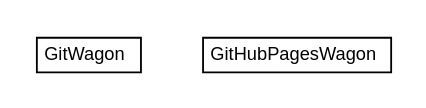
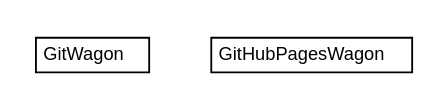
Before and after one commit to trajano/wagon-git: the diagram in apidocs/net/trajano/wagon/git/net.trajano.wagon.git.dot, drawn with Graphviz. The commit also changed 117 other files, not shown here.

Commit message:
wagon-git commit

```diff
--- a/apidocs/net/trajano/wagon/git/net.trajano.wagon.git.dot
+++ b/apidocs/net/trajano/wagon/git/net.trajano.wagon.git.dot
@@ -1,24 +1,24 @@
 #!/usr/local/bin/dot
 #
 # Class diagram 
 # Generated by UMLGraph version R5_6-24-gf6e263 (http://www.umlgraph.org/)
 #
 
 digraph G {
-	edge [fontname="arial",fontsize=10,labelfontname="arial",labelfontsize=10];
-	node [fontname="arial",fontsize=10,shape=plaintext];
+	edge [fontname="Helvetica",fontsize=10,labelfontname="Helvetica",labelfontsize=10];
+	node [fontname="Helvetica",fontsize=10,shape=plaintext];
 	nodesep=0.25;
 	ranksep=0.5;
 	// net.trajano.wagon.git.GitWagon
 	c0 [label=<<table title="net.trajano.wagon.git.GitWagon" border="0" cellborder="1" cellspacing="0" cellpadding="2" port="p" href="./GitWagon.html">
 		<tr><td><table border="0" cellspacing="0" cellpadding="1">
 <tr><td align="center" balign="center"> GitWagon </td></tr>
 		</table></td></tr>
-		</table>>, URL="./GitWagon.html", fontname="arial", fontcolor="black", fontsize=10.0];
+		</table>>, URL="./GitWagon.html", fontname="Helvetica", fontcolor="black", fontsize=10.0];
 	// net.trajano.wagon.git.GitHubPagesWagon
 	c1 [label=<<table title="net.trajano.wagon.git.GitHubPagesWagon" border="0" cellborder="1" cellspacing="0" cellpadding="2" port="p" href="./GitHubPagesWagon.html">
 		<tr><td><table border="0" cellspacing="0" cellpadding="1">
 <tr><td align="center" balign="center"> GitHubPagesWagon </td></tr>
 		</table></td></tr>
-		</table>>, URL="./GitHubPagesWagon.html", fontname="arial", fontcolor="black", fontsize=10.0];
+		</table>>, URL="./GitHubPagesWagon.html", fontname="Helvetica", fontcolor="black", fontsize=10.0];
 }
```
